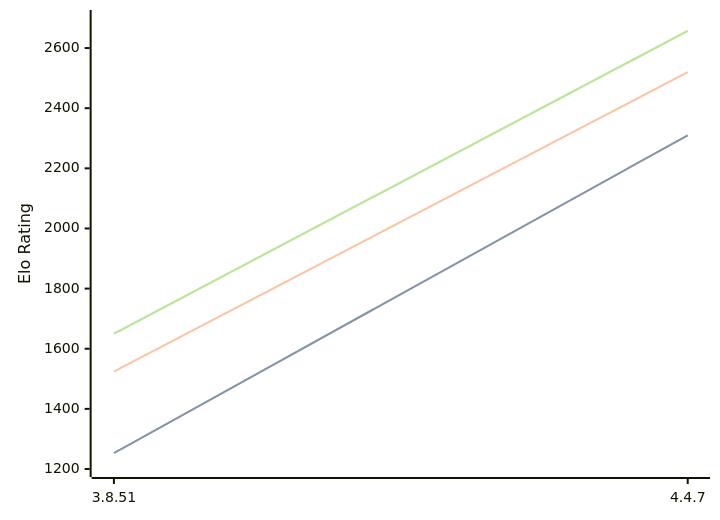
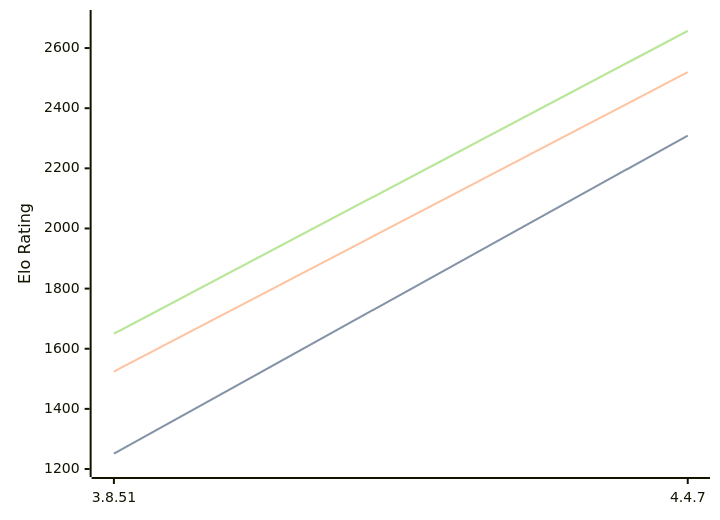
Before and after one commit to computer-chess-index/cci: the diagram in engines/Scoria.md, drawn with Mermaid. The commit also changed other lines of this file, not shown here.

````diff
--- a/engines/Scoria.md
+++ b/engines/Scoria.md
@@ -32,11 +32,11 @@
 ```mermaid
 %%{init: {"theme":"base","themeVariables":{"seriesColors:['#a3a3a3','#222221','#faa371']}}}%%
 xychart-beta
   x-axis ["3.8.51", "4.4.7"]
   y-axis "Elo Rating" 1200 --> 2700
-  line "" [1253, 2310]
-  line "STC (8.0+0.08s)" [1253, 2310]
+  line "" [1251, 2309]
+  line "STC (8.0+0.08s)" [1251, 2309]
   line "LTC (60.0+0.60s)" [1524, 2520]
   line "" [1650, 2657]
   line "VLTC (2m24s+1.12s)" [1650, 2657]
 ```
````
